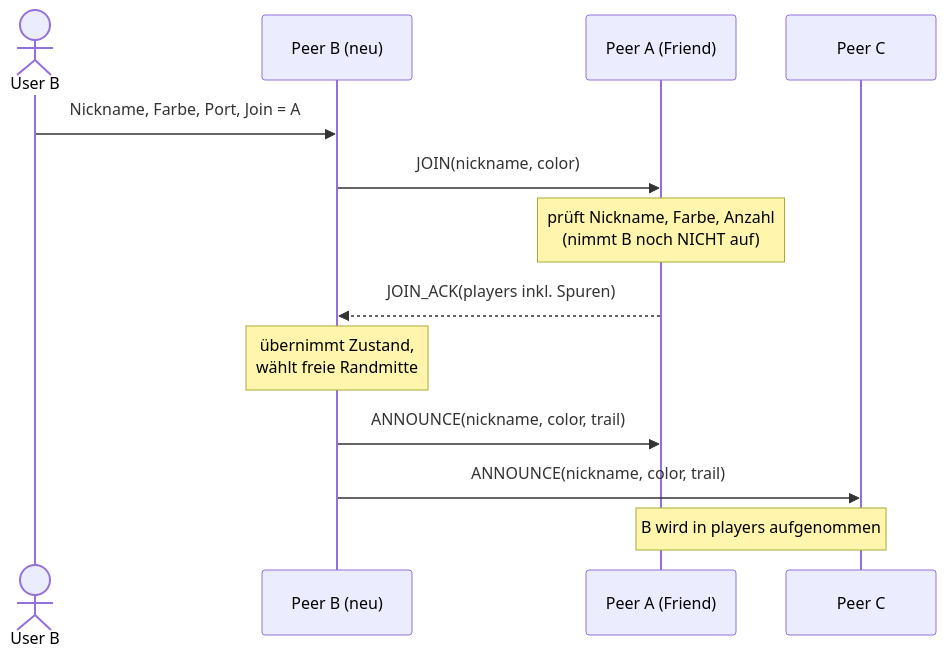
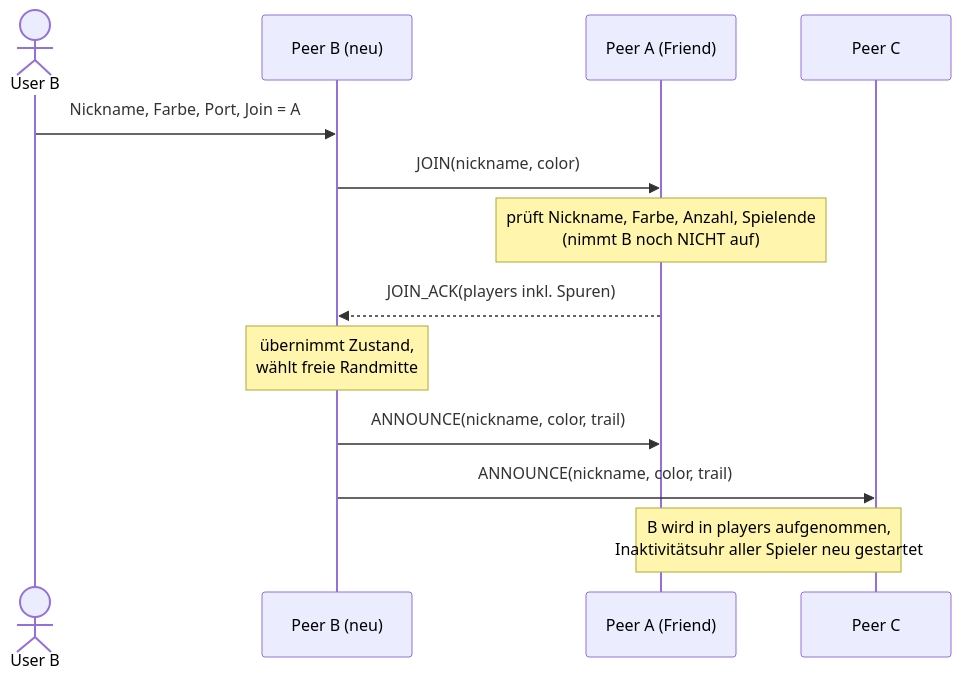
One commit to michaelmink/verteilte_systeme changed the second of 7 diagrams in labor/versuch_1_peer-to-peer/python/teil_1/Design_Teil1.md. Above: the diagram before and after it, drawn with Mermaid. The commit also changed other lines of this file and 2 other files, not shown here.

````diff
--- a/labor/versuch_1_peer-to-peer/python/teil_1/Design_Teil1.md
+++ b/labor/versuch_1_peer-to-peer/python/teil_1/Design_Teil1.md
@@ -94,15 +95,15 @@
 ```mermaid
 sequenceDiagram
     actor U as User B
     participant B as Peer B (neu)
     participant A as Peer A (Friend)
     participant C as Peer C
     U->>B: Nickname, Farbe, Port, Join = A
     B->>A: JOIN(nickname, color)
-    Note over A: prüft Nickname, Farbe, Anzahl<br/>(nimmt B noch NICHT auf)
+    Note over A: prüft Nickname, Farbe, Anzahl, Spielende<br/>(nimmt B noch NICHT auf)
     A-->>B: JOIN_ACK(players inkl. Spuren)
     Note over B: übernimmt Zustand,<br/>wählt freie Randmitte
     B->>A: ANNOUNCE(nickname, color, trail)
     B->>C: ANNOUNCE(nickname, color, trail)
-    Note over A,C: B wird in players aufgenommen
+    Note over A,C: B wird in players aufgenommen,<br/>Inaktivitätsuhr aller Spieler neu gestartet
 ```
````
